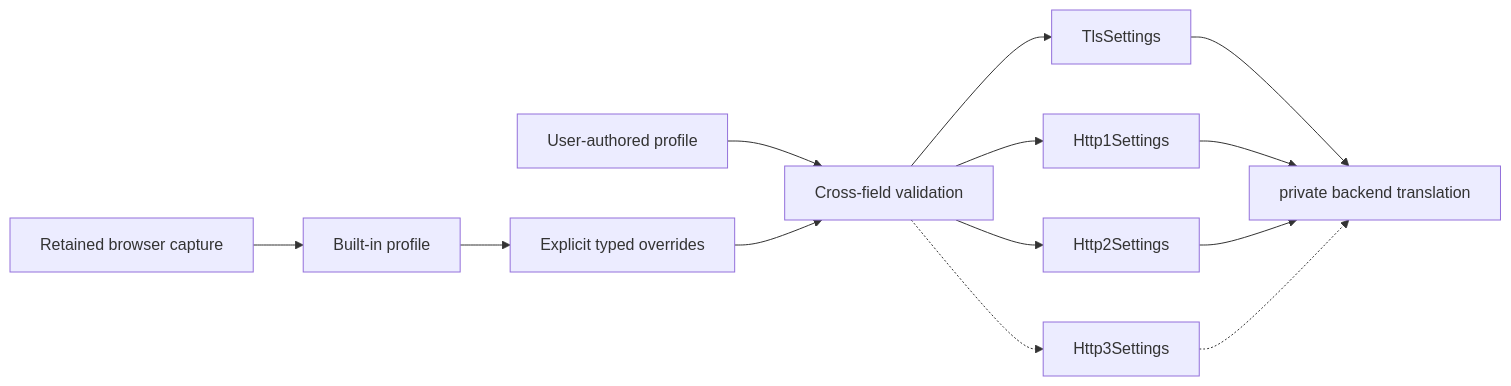
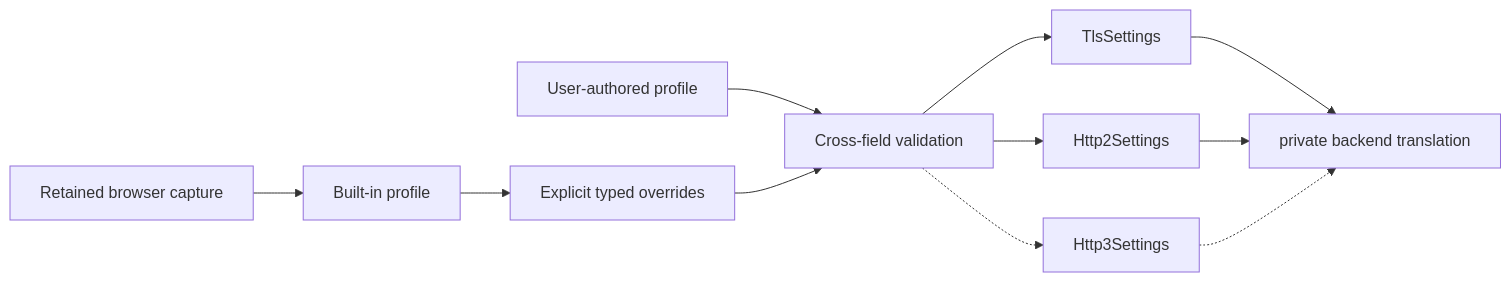
One commit to bywayhq/phantom changed the second of 3 diagrams in docs/architecture.md. Above: the diagram before and after it, drawn with Mermaid. The commit also changed other lines of this file and 4 other files, not shown here.

````diff
--- a/docs/architecture.md
+++ b/docs/architecture.md
@@ -72,16 +74,14 @@
 ```mermaid
 flowchart LR
     Capture["Retained browser capture"] --> BuiltIn["Built-in profile"]
     Custom["User-authored profile"] --> Validate
     BuiltIn --> Override["Explicit typed overrides"]
     Override --> Validate["Cross-field validation"]
     Validate --> TLS["TlsSettings"]
-    Validate --> H1["Http1Settings"]
     Validate --> H2["Http2Settings"]
     Validate -.-> H3["Http3Settings"]
 
     TLS --> Backend["private backend translation"]
-    H1 --> Backend
     H2 --> Backend
     H3 -.-> Backend
 ```
````
